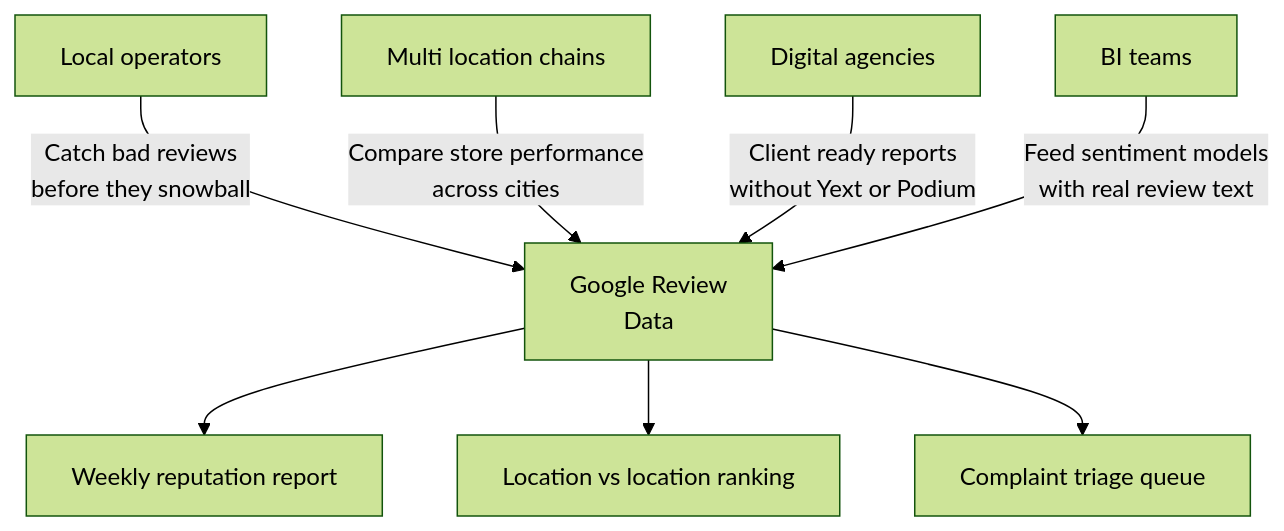
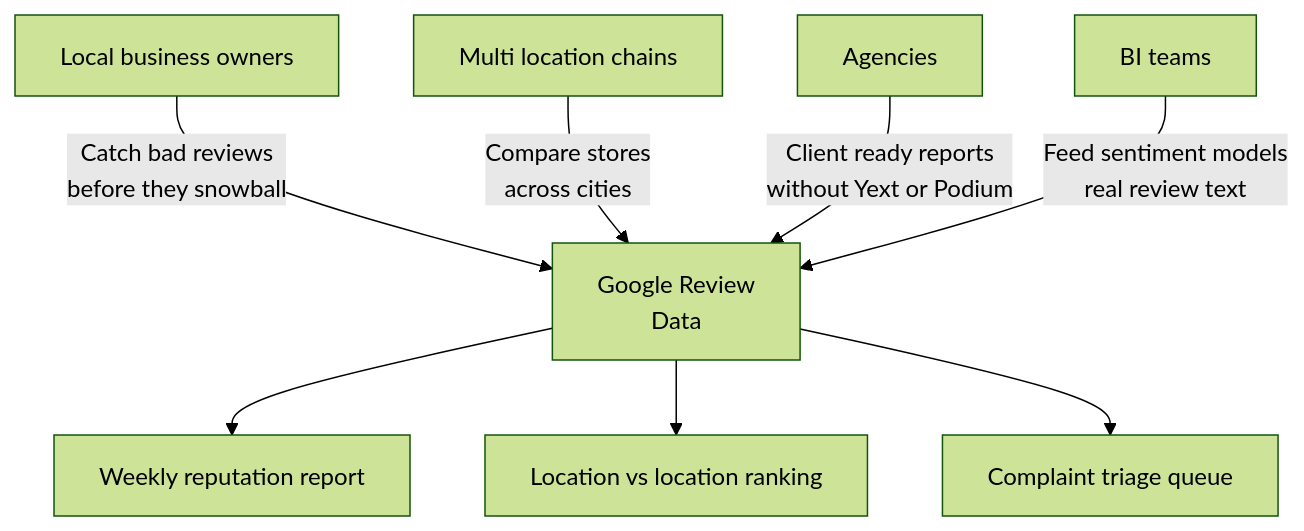
One commit to Ken-Mutisya/scrapemint changed the first of 3 diagrams in actors/google-reviews-intelligence/README.md. Above: the diagram before and after it, drawn with Mermaid (forest theme). The commit also changed other lines of this file, not shown here.

First line of the commit message:
Tighten Google Reviews README for SEO and scannability

````diff
--- a/actors/google-reviews-intelligence/README.md
+++ b/actors/google-reviews-intelligence/README.md
@@ -11,10 +11,10 @@
 ```mermaid
 flowchart TD
-    A[Local operators] -->|Catch bad reviews<br/>before they snowball| D[Google Review<br/>Data]
-    B[Multi location chains] -->|Compare store performance<br/>across cities| D
-    C[Digital agencies] -->|Client ready reports<br/>without Yext or Podium| D
-    R[BI teams] -->|Feed sentiment models<br/>with real review text| D
+    A[Local business owners] -->|Catch bad reviews<br/>before they snowball| D[Google Review<br/>Data]
+    B[Multi location chains] -->|Compare stores<br/>across cities| D
+    C[Agencies] -->|Client ready reports<br/>without Yext or Podium| D
+    R[BI teams] -->|Feed sentiment models<br/>real review text| D
     D --> E[Weekly reputation report]
     D --> F[Location vs location ranking]
     D --> G[Complaint triage queue]
 ```
````
